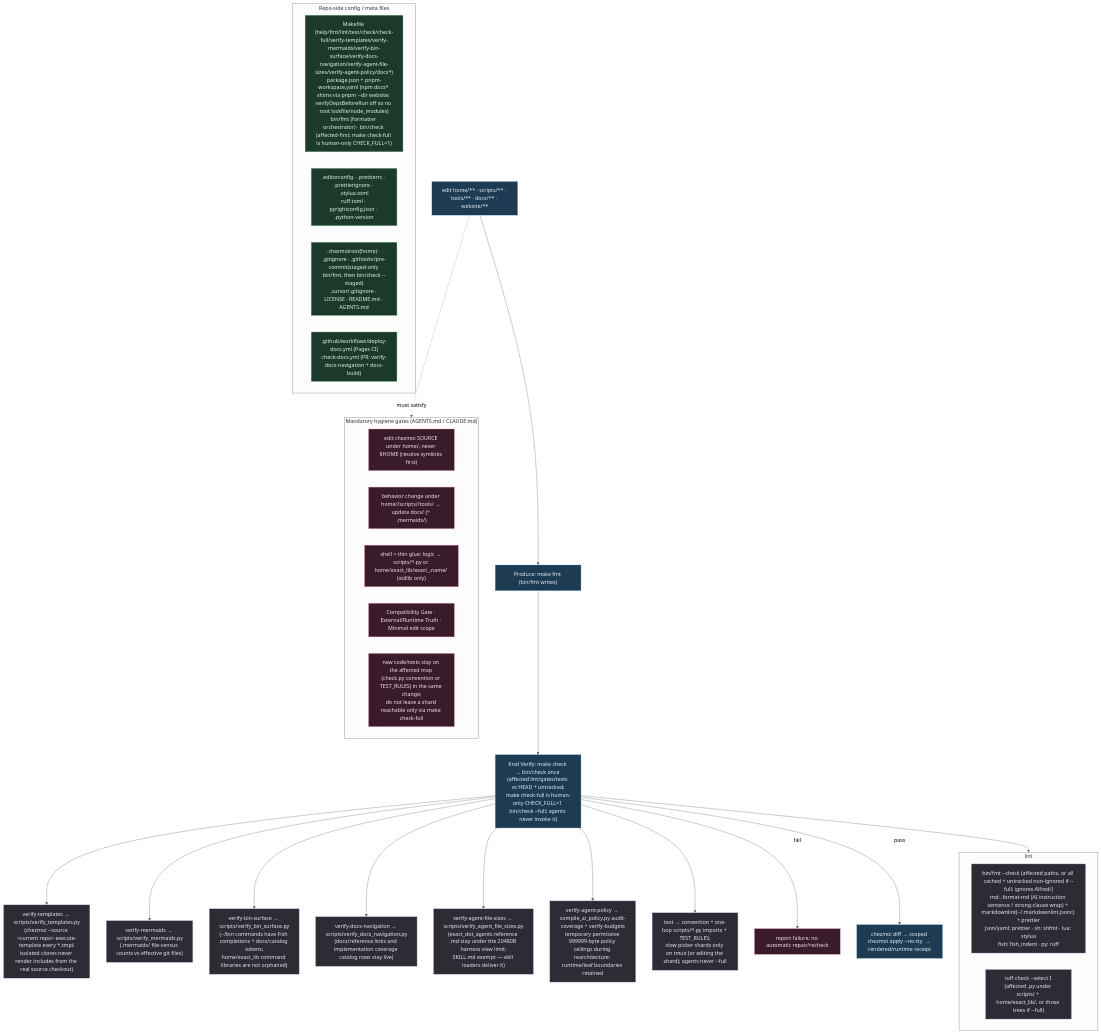
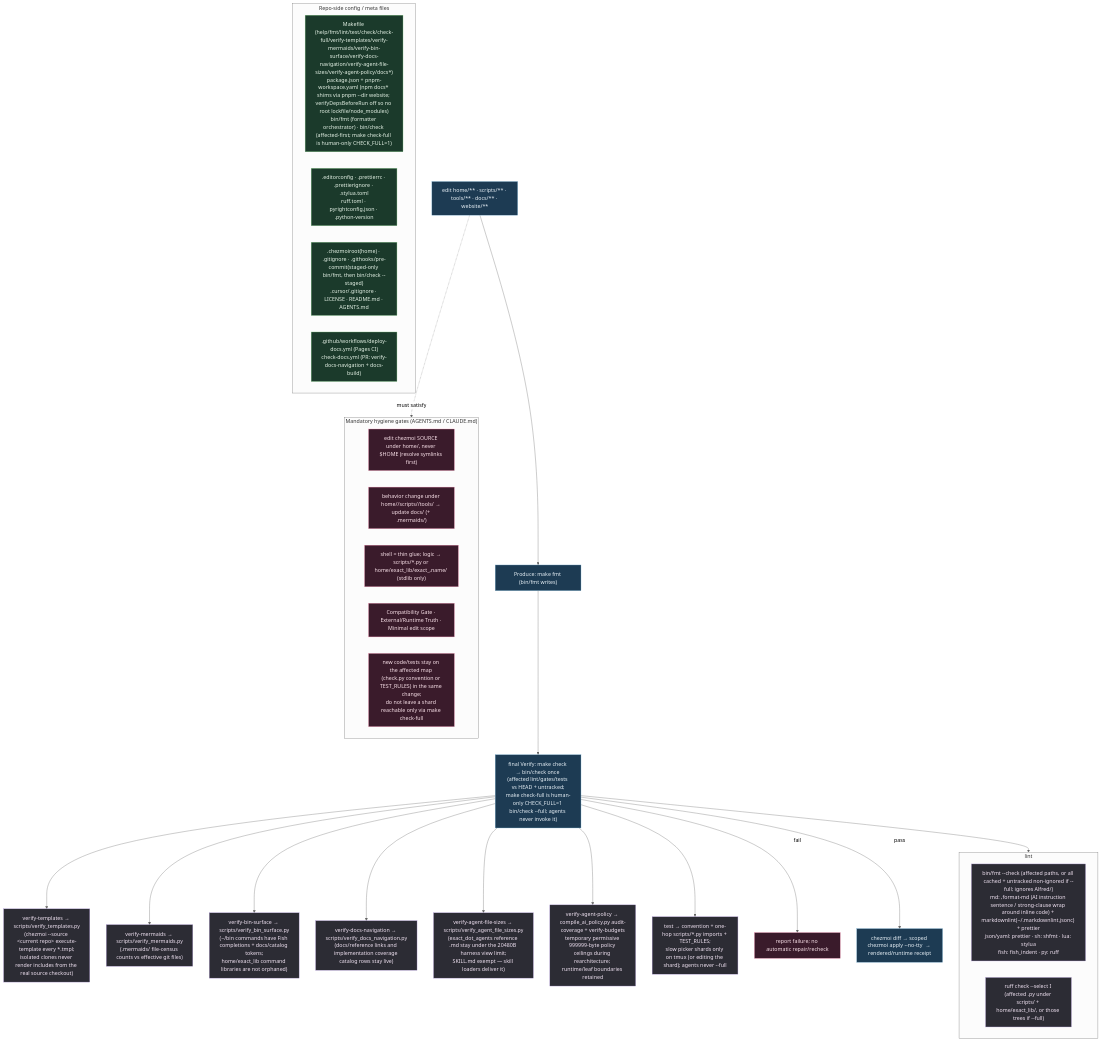
Before and after one commit to kapral18/dotfiles: the diagram in .mermaids/09-repo-validation.mmd, drawn with Mermaid (neutral theme). The commit also changed 158 other files, not shown here.

```diff
--- a/.mermaids/09-repo-validation.mmd
+++ b/.mermaids/09-repo-validation.mmd
@@ -1,46 +1,46 @@
 %% ============================================================================
 %% 09-repo-validation.mmd — Repo dev loop + every repo-side config/meta file.
 %% Produce: `make fmt`; integrated final Verify: `make check` once. `make check` is affected-only
 %% (`bin/check` vs dirty paths). `make check-full` is human-only (`CHECK_FULL=1 bin/check --full`);
 %% agents must never invoke it. Pre-commit: staged-only bin/fmt, then `bin/check --staged`.
 %% ============================================================================
 flowchart TD
     classDef mk fill:#1d3b53,stroke:#7fb3d5,color:#eaf2f8;
     classDef tool fill:#2c2c34,stroke:#b39ddb,color:#f3e5f5;
     classDef gate fill:#3a1b2b,stroke:#f48fb1,color:#fce4ec;
     classDef cfg fill:#1b3a2b,stroke:#81c784,color:#e8f5e9;
 
     EDIT["edit home/** · scripts/** · tools/** · docs/** · website/**"]:::mk --> FMTW["Produce: make fmt (bin/fmt writes)"]:::mk
     FMTW --> CHECK["final Verify: make check → bin/check once (affected lint/gates/tests vs HEAD + untracked;<br/>make check-full is human-only CHECK_FULL=1 bin/check --full; agents never invoke it)"]:::mk
 
     subgraph LINT["lint"]
-        FMT["bin/fmt --check (affected paths, or all cached + untracked non-ignored if --full; ignores Alfred/)<br/>md: ,format-md (AI instruction sentence / strong-clause wrap) + markdownlint(~/.markdownlint.jsonc) + prettier<br/>json/yaml: prettier · sh: shfmt · lua: stylua<br/>fish: fish_indent · py: ruff"]:::tool
+        FMT["bin/fmt --check (affected paths, or all cached + untracked non-ignored if --full; ignores Alfred/)<br/>md: ,format-md (AI instruction sentence / strong-clause wrap around inline code) + markdownlint(~/.markdownlint.jsonc) + prettier<br/>json/yaml: prettier · sh: shfmt · lua: stylua<br/>fish: fish_indent · py: ruff"]:::tool
         RUFFI["ruff check --select I (affected .py under scripts/ + home/exact_lib/, or those trees if --full)"]:::tool
     end
     VT["verify-templates → scripts/verify_templates.py<br/>(chezmoi --source &lt;current repo&gt; execute-template every *.tmpl;<br/>isolated clones never render includes from the real source checkout)"]:::tool
     VM["verify-mermaids → scripts/verify_mermaids.py<br/>(.mermaids/ file-census counts vs effective git files)"]:::tool
     VB["verify-bin-surface → scripts/verify_bin_surface.py<br/>(~/bin commands have Fish completions + docs/catalog tokens;<br/>home/exact_lib command libraries are not orphaned)"]:::tool
     VDN["verify-docs-navigation → scripts/verify_docs_navigation.py<br/>(docs/reference links and implementation coverage catalog rows stay live)"]:::tool
     VAF["verify-agent-file-sizes → scripts/verify_agent_file_sizes.py<br/>(exact_dot_agents reference .md stay under the 20480B harness view limit;<br/>SKILL.md exempt — skill loaders deliver it)"]:::tool
     VAP["verify-agent-policy → compile_ai_policy.py audit-coverage + verify-budgets<br/>temporary permissive 999999-byte policy ceilings during rearchitecture; runtime/leaf boundaries retained"]:::tool
     TST["test → convention + one-hop scripts/*.py imports + TEST_RULES;<br/>slow picker shards only on tmux (or editing the shard); agents never --full"]:::tool
     CHECK --> LINT & VT & VM & VB & VDN & VAF & VAP & TST
 
     CHECK -->|fail| STOP["report failure; no automatic repair/recheck"]:::gate
     CHECK -->|pass| APPLY["chezmoi diff → scoped chezmoi apply --no-tty <target> → rendered/runtime receipt"]:::mk
 
     subgraph CONFIG["Repo-side config / meta files"]
         C1["Makefile (help/fmt/lint/test/check/check-full/verify-templates/verify-mermaids/verify-bin-surface/verify-docs-navigation/verify-agent-file-sizes/verify-agent-policy/docs*)<br/>package.json + pnpm-workspace.yaml (npm docs* shims via pnpm --dir website; verifyDepsBeforeRun off so no root lockfile/node_modules)<br/>bin/fmt (formatter orchestrator) · bin/check (affected-first; make check-full is human-only CHECK_FULL=1)"]:::cfg
         C2[".editorconfig · .prettierrc · .prettierignore · .stylua.toml<br/>ruff.toml · pyrightconfig.json · .python-version"]:::cfg
         C3[".chezmoiroot(home) · .gitignore · .githooks/pre-commit(staged-only bin/fmt, then bin/check --staged)<br/>.cursor/.gitignore · LICENSE · README.md · AGENTS.md"]:::cfg
         C4[".github/workflows/deploy-docs.yml (Pages CI)<br/>check-docs.yml (PR: verify-docs-navigation + docs-build)"]:::cfg
     end
 
     subgraph HYG["Mandatory hygiene gates (AGENTS.md / CLAUDE.md)"]
         G1["edit chezmoi SOURCE under home/, never $HOME (resolve symlinks first)"]:::gate
         G2["behavior change under home//scripts//tools/ → update docs/ (+ .mermaids/)"]:::gate
         G3["shell = thin glue; logic → scripts/*.py or home/exact_lib/exact_,name/ (stdlib only)"]:::gate
         G4["Compatibility Gate · External/Runtime Truth · Minimal edit scope"]:::gate
         G5["new code/tests stay on the affected map (check.py convention or TEST_RULES) in the same change;<br/>do not leave a shard reachable only via make check-full"]:::gate
     end
     EDIT -.must satisfy.-> HYG
```
